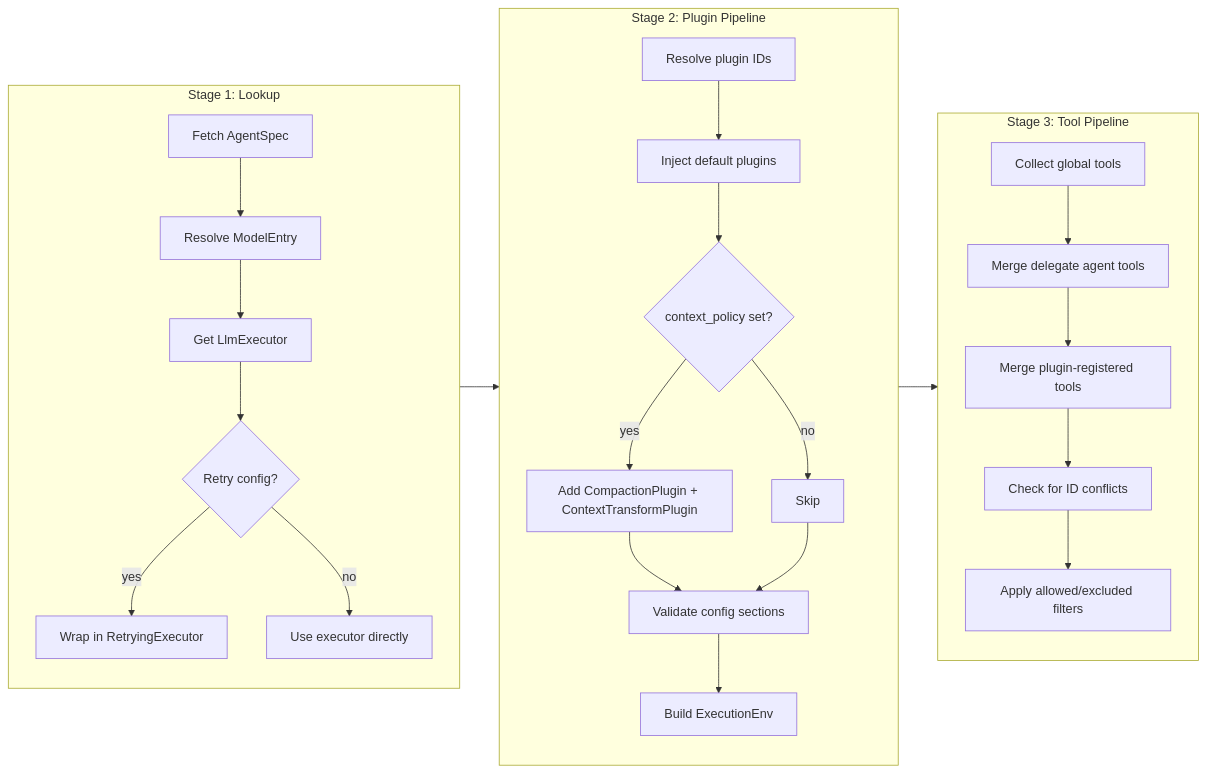
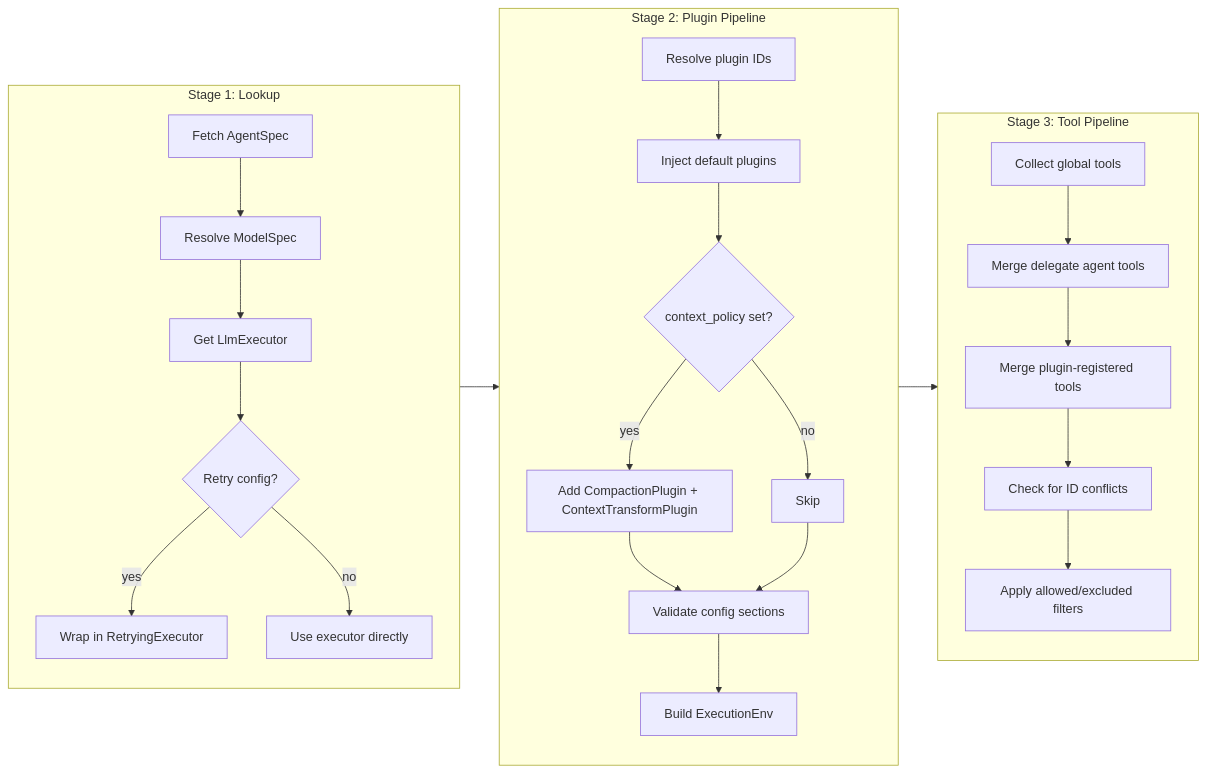
The diagram in docs/book/src/explanation/agent-resolution.md (tirea-ai/tirea), drawn with Mermaid before and after one commit. The commit also changed other lines of this file and 83 other files, not shown here.

````diff
--- a/docs/book/src/explanation/agent-resolution.md
+++ b/docs/book/src/explanation/agent-resolution.md
@@ -9,29 +9,29 @@
 ```mermaid
 flowchart LR
     subgraph Stage1["Stage 1: Lookup"]
-        A1[Fetch AgentSpec] --> A2[Resolve ModelEntry]
+        A1[Fetch AgentSpec] --> A2[Resolve ModelSpec]
         A2 --> A3[Get LlmExecutor]
         A3 --> A4{Retry config?}
         A4 -- yes --> A5[Wrap in RetryingExecutor]
         A4 -- no --> A6[Use executor directly]
     end
 
     subgraph Stage2["Stage 2: Plugin Pipeline"]
         B1[Resolve plugin IDs] --> B2[Inject default plugins]
         B2 --> B3{context_policy set?}
         B3 -- yes --> B4[Add CompactionPlugin + ContextTransformPlugin]
         B3 -- no --> B5[Skip]
         B4 --> B6[Validate config sections]
         B5 --> B6
         B6 --> B7[Build ExecutionEnv]
     end
 
     subgraph Stage3["Stage 3: Tool Pipeline"]
         C1[Collect global tools] --> C2[Merge delegate agent tools]
         C2 --> C3[Merge plugin-registered tools]
         C3 --> C4[Check for ID conflicts]
         C4 --> C5[Apply allowed/excluded filters]
     end
 
     Stage1 --> Stage2 --> Stage3
 ```
````
